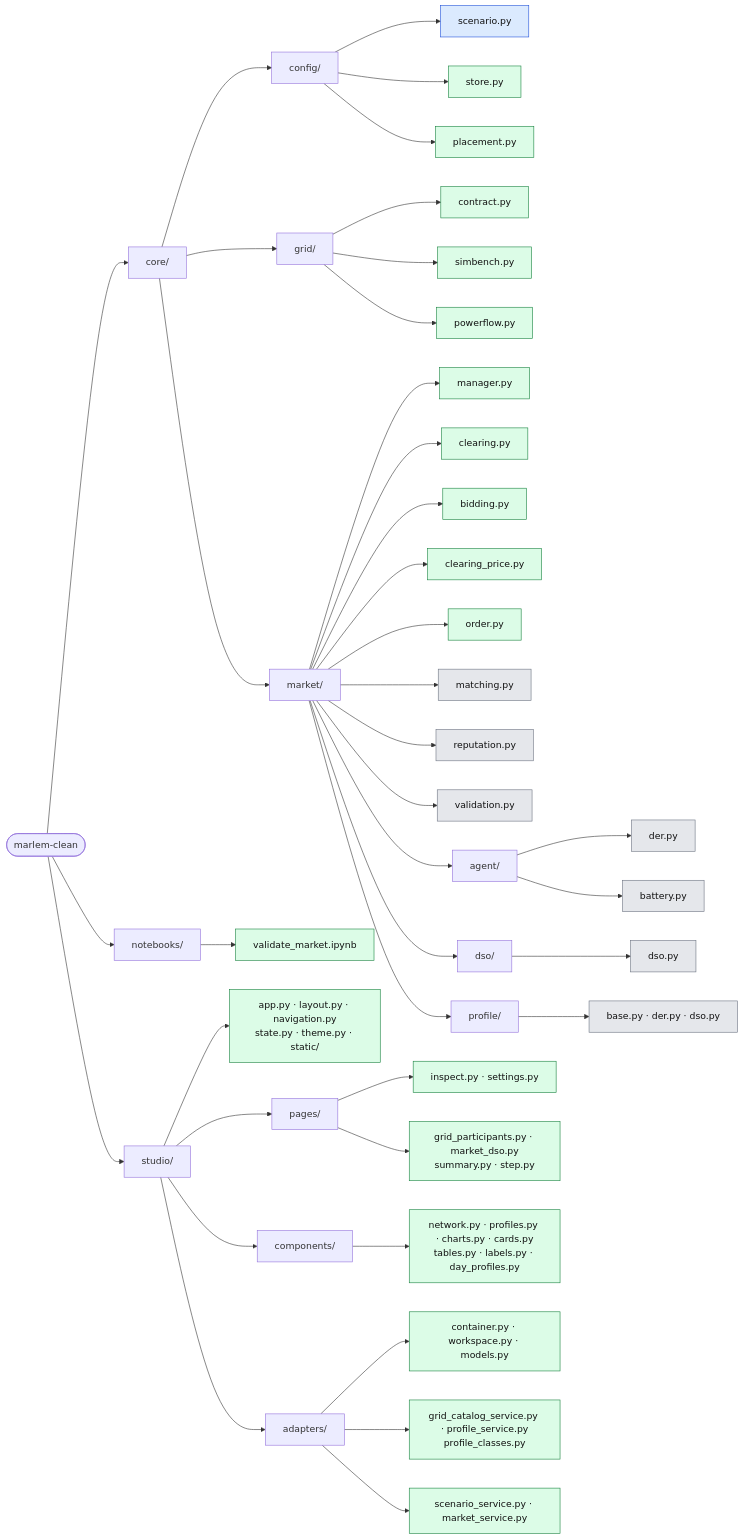
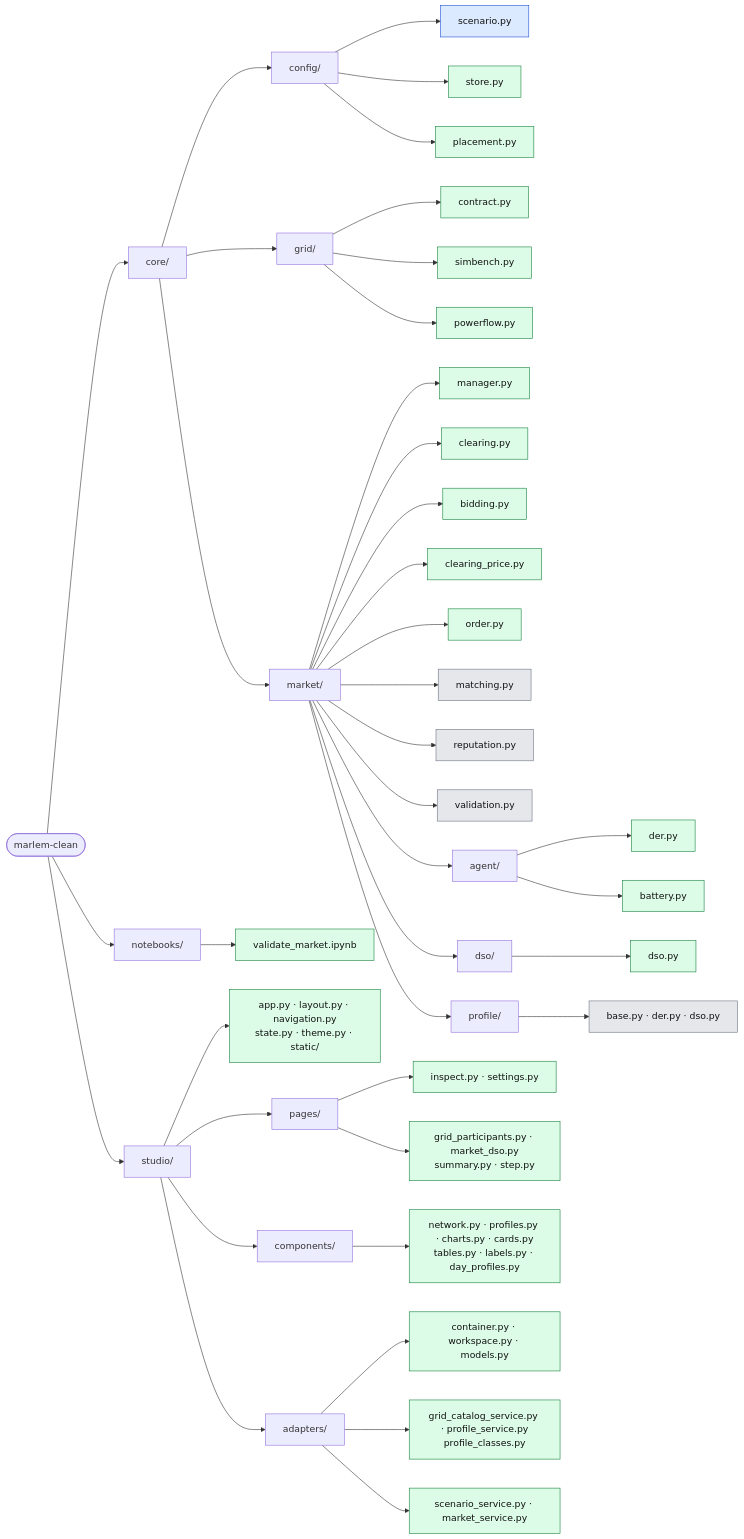
The diagram in docs/structure.md (KevinRapo/P2P-thesis), drawn with Mermaid before and after one commit. The commit also changed other lines of this file and 8 other files, not shown here.

````diff
--- a/docs/structure.md
+++ b/docs/structure.md
@@ -14,53 +14,53 @@
 ```mermaid
 flowchart LR
   root(["marlem-clean"])
 
   root --> core["core/"]
 
   core --> config["config/"]
   config --> c1["scenario.py"]:::data
   config --> c2["store.py"]:::done
   config --> c3["placement.py"]:::done
 
   core --> grid["grid/"]
   grid --> g1["contract.py"]:::done
   grid --> g2["simbench.py"]:::done
   grid --> g3["powerflow.py"]:::done
 
   core --> market["market/"]
   market --> m1["manager.py"]:::done
   market --> m7["clearing.py"]:::done
   market --> m8["bidding.py"]:::done
   market --> m4["clearing_price.py"]:::done
   market --> m2["order.py"]:::done
   market --> m3["matching.py"]:::orig
   market --> m5["reputation.py"]:::orig
   market --> m6["validation.py"]:::orig
   market --> agent["agent/"]
-  agent --> a1["der.py"]:::orig
-  agent --> a2["battery.py"]:::orig
+  agent --> a1["der.py"]:::done
+  agent --> a2["battery.py"]:::done
   market --> dso["dso/"]
-  dso --> d1["dso.py"]:::orig
+  dso --> d1["dso.py"]:::done
   market --> profile["profile/"]
   profile --> p1["base.py · der.py · dso.py"]:::orig
 
   root --> notebooks["notebooks/"]
   notebooks --> n1["validate_market.ipynb"]:::done
 
   root --> studio["studio/"]
   studio --> t1["app.py · layout.py · navigation.py<br/>state.py · theme.py · static/"]:::done
   studio --> pages["pages/"]
   pages --> pg1["inspect.py · settings.py"]:::done
   pages --> pg2["grid_participants.py · market_dso.py<br/>summary.py · step.py"]:::done
   studio --> comps["components/"]
   comps --> k1["network.py · profiles.py · charts.py · cards.py<br/>tables.py · labels.py · day_profiles.py"]:::done
   studio --> adapters["adapters/"]
   adapters --> v1["container.py · workspace.py · models.py"]:::done
   adapters --> v2["grid_catalog_service.py · profile_service.py<br/>profile_classes.py"]:::done
   adapters --> v3["scenario_service.py · market_service.py"]:::done
 
   classDef done fill:#dcfce7,stroke:#15803d,color:#111
   classDef data fill:#dbeafe,stroke:#1d4ed8,color:#111
   classDef stub fill:#fef3c7,stroke:#b45309,color:#111
   classDef orig fill:#e5e7eb,stroke:#6b7280,color:#111
 ```
````
